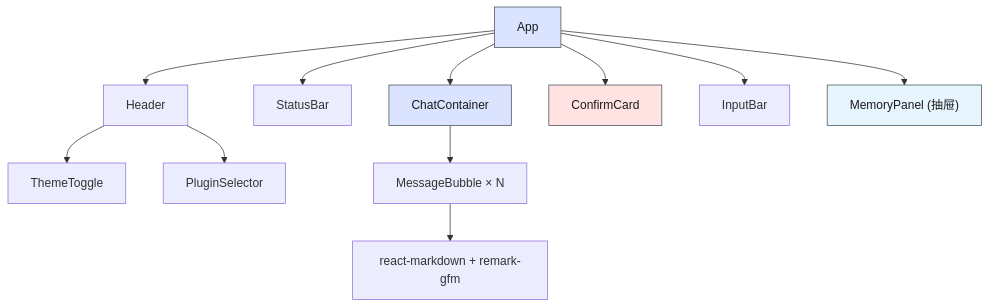
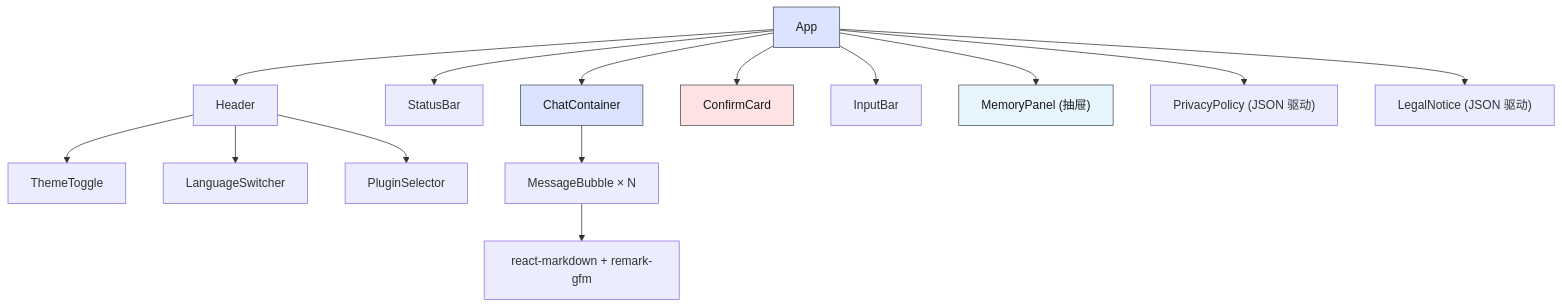
Before and after one commit to yjzaaa/leave-approval-agent: the fifth of 6 diagrams in src/client/CLAUDE.md, drawn with Mermaid. The commit also changed other lines of this file and 1 other file, not shown here.

````diff
--- a/src/client/CLAUDE.md
+++ b/src/client/CLAUDE.md
@@ -135,18 +139,21 @@
 ```mermaid
 graph TD
     App --> Header
     Header --> ThemeToggle
+    Header --> LanguageSwitcher["LanguageSwitcher"]
     Header --> PluginSelector
     App --> StatusBar
     App --> ChatContainer
     ChatContainer --> MessageBubble1["MessageBubble × N"]
     MessageBubble1 --> Markdown["react-markdown + remark-gfm"]
     App --> ConfirmCard
     App --> InputBar
     App --> MemoryPanel["MemoryPanel (抽屉)"]
+    App --> PrivacyPolicy["PrivacyPolicy (JSON 驱动)"]
+    App --> LegalNotice["LegalNotice (JSON 驱动)"]
 
     style App fill:#dbe4ff,stroke:#495057,color:#1a1a1a
     style ChatContainer fill:#dbe4ff,stroke:#495057,color:#1a1a1a
     style ConfirmCard fill:#ffe3e3,stroke:#495057,color:#1a1a1a
     style MemoryPanel fill:#e7f5ff,stroke:#495057,color:#1a1a1a
 ```
````
